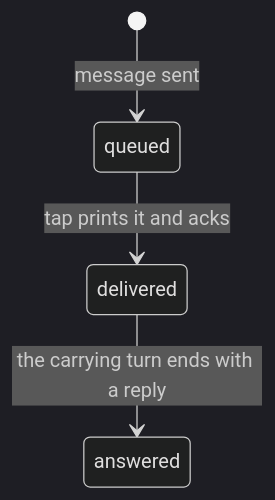
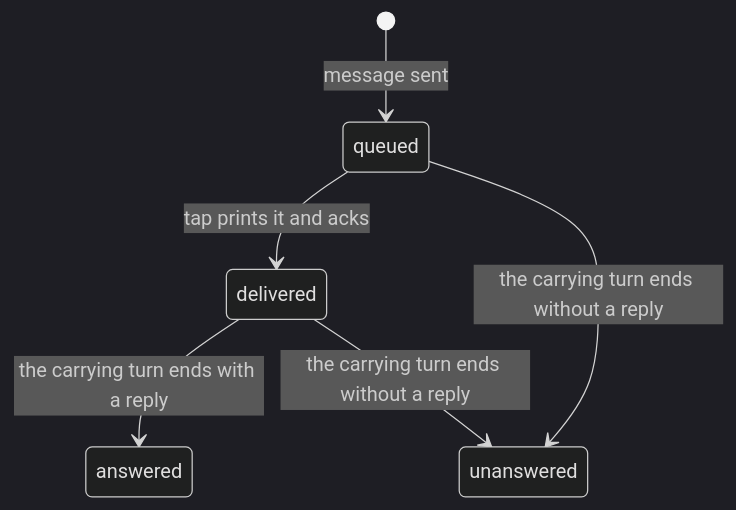
The diagram in docs/architecture/protocol/messages.md (zgeoff/atc), drawn with Mermaid (dark theme) before and after one commit. The commit also changed other lines of this file and 36 other files, not shown here.

First line of the commit message:
fix(geo-290): mark a message unanswered when its turn ends without an answer (#548)

````diff
--- a/docs/architecture/protocol/messages.md
+++ b/docs/architecture/protocol/messages.md
@@ -13,6 +14,8 @@
 ```mermaid
 stateDiagram-v2
     [*] --> queued: message sent
     queued --> delivered: tap prints it and acks
     delivered --> answered: the carrying turn ends with a reply
+    queued --> unanswered: the carrying turn ends without a reply
+    delivered --> unanswered: the carrying turn ends without a reply
 ```
````
